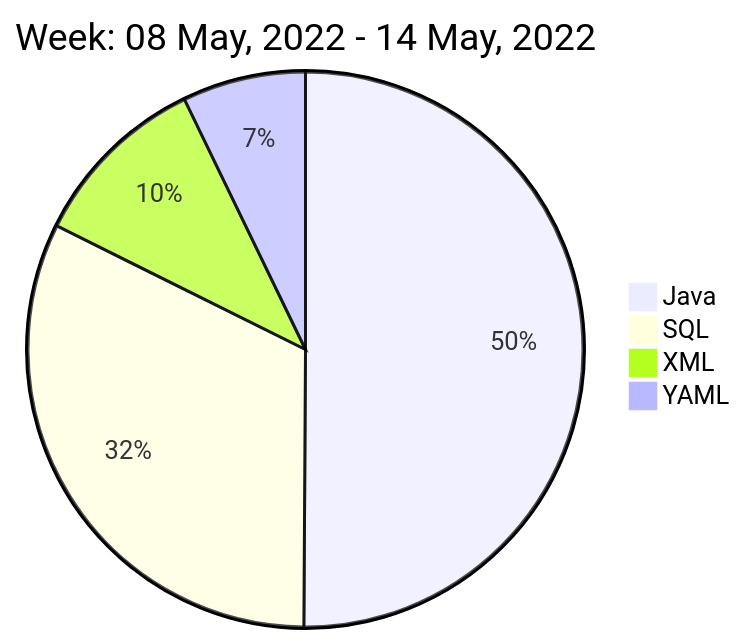
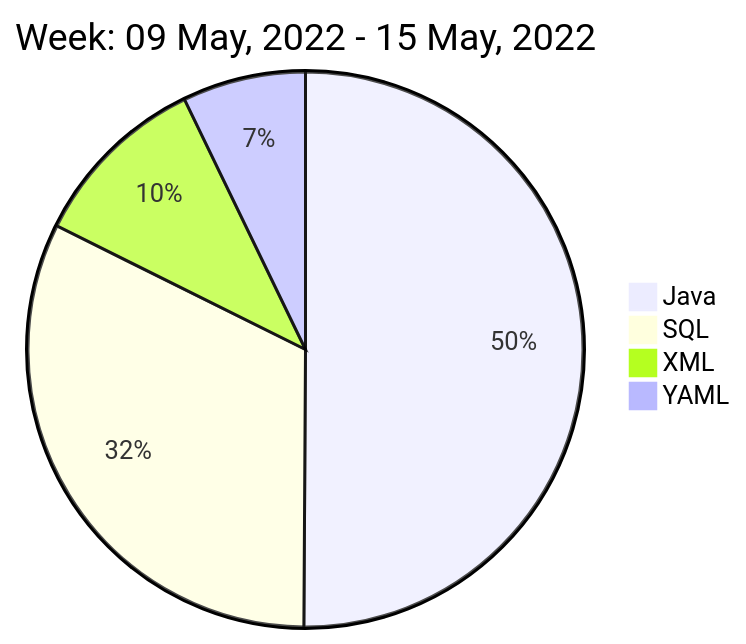
One commit to liubin95/liubin95 changed the diagram in README.md. Above: the diagram before and after it, drawn with Mermaid.

Commit message:
Updated the Graph with new Metrics

````diff
--- a/README.md
+++ b/README.md
@@ -40,8 +40,8 @@
 ```mermaid
  pie
-title Week: 08 May, 2022 - 14 May, 2022
+title Week: 09 May, 2022 - 15 May, 2022
  "Java" : 8.03
  "SQL" : 5.17
  "XML" : 1.68
  "YAML" : 1.15
 ```
````
